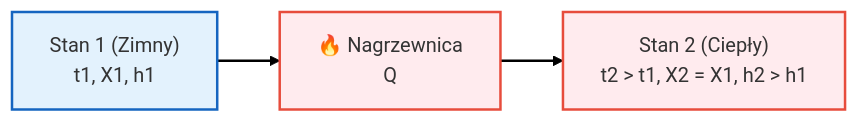
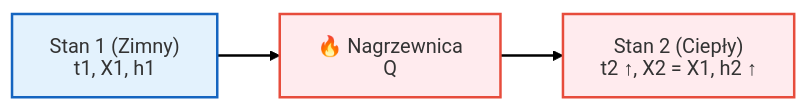
One commit to moondec/Termodynamika changed the second of 3 diagrams in Wyklady/13_Klimatyzacja.qmd. Above: the diagram before and after it, drawn with Mermaid. The commit also changed other lines of this file and 84 other files, not shown here.

First line of the commit message:
Wykłady: diagramy mermaid bez ucinania i dopasowane do slajdów

````diff
--- a/Wyklady/13_Klimatyzacja.qmd
+++ b/Wyklady/13_Klimatyzacja.qmd
@@ -151,12 +158,11 @@
 ```{mermaid}
 %%| fig-align: center
-%%| fig-width: 8
-%%| fig-height: 1.5
+%%{init: {'theme': 'default', 'htmlLabels': false, 'flowchart': {'htmlLabels': false, 'wrappingWidth': 400, 'subGraphTitleMargin': {'top': 6, 'bottom': 16}}, 'themeVariables': {'fontSize': '16px', 'fontFamily': 'Arial, Helvetica, sans-serif'}}}%%
 
 flowchart LR
-    A["Stan 1 (Zimny)<br>t1, X1, h1"] --> H["🔥 Nagrzewnica<br>Q"] --> B["Stan 2 (Ciepły)<br>t2 > t1, X2 = X1, h2 > h1"]
+    A["Stan 1 (Zimny)<br>t1, X1, h1"] --> H["🔥 Nagrzewnica<br>Q"] --> B["Stan 2 (Ciepły)<br>t2 ↑, X2 = X1, h2 ↑"]
     style A fill:#e3f2fd,stroke:#1565c0,stroke-width:2px
     style H fill:#ffebee,stroke:#e74c3c,stroke-width:2px
     style B fill:#ffebee,stroke:#e74c3c,stroke-width:2px
     linkStyle default stroke-width:2px,fill:none,stroke:black
 ```
````
